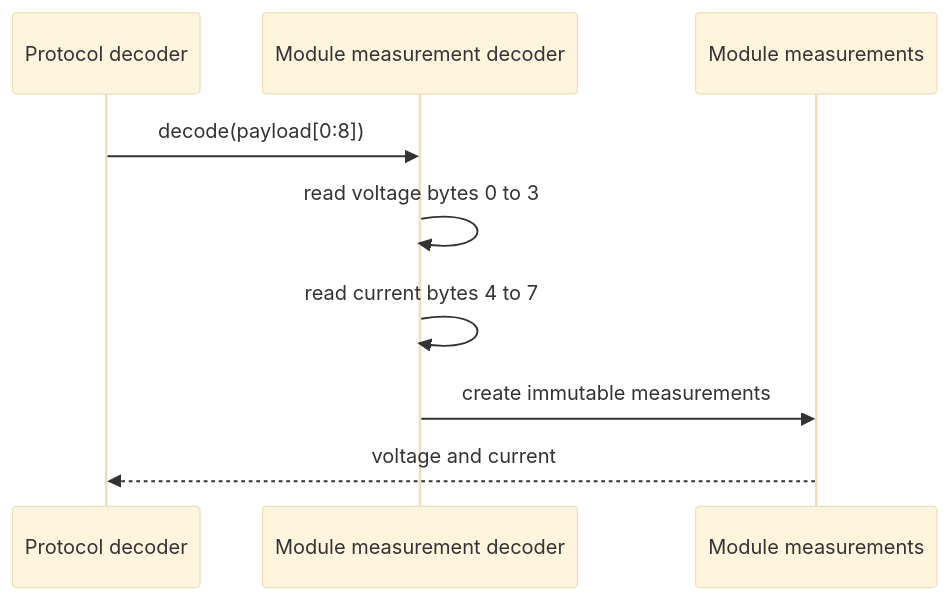
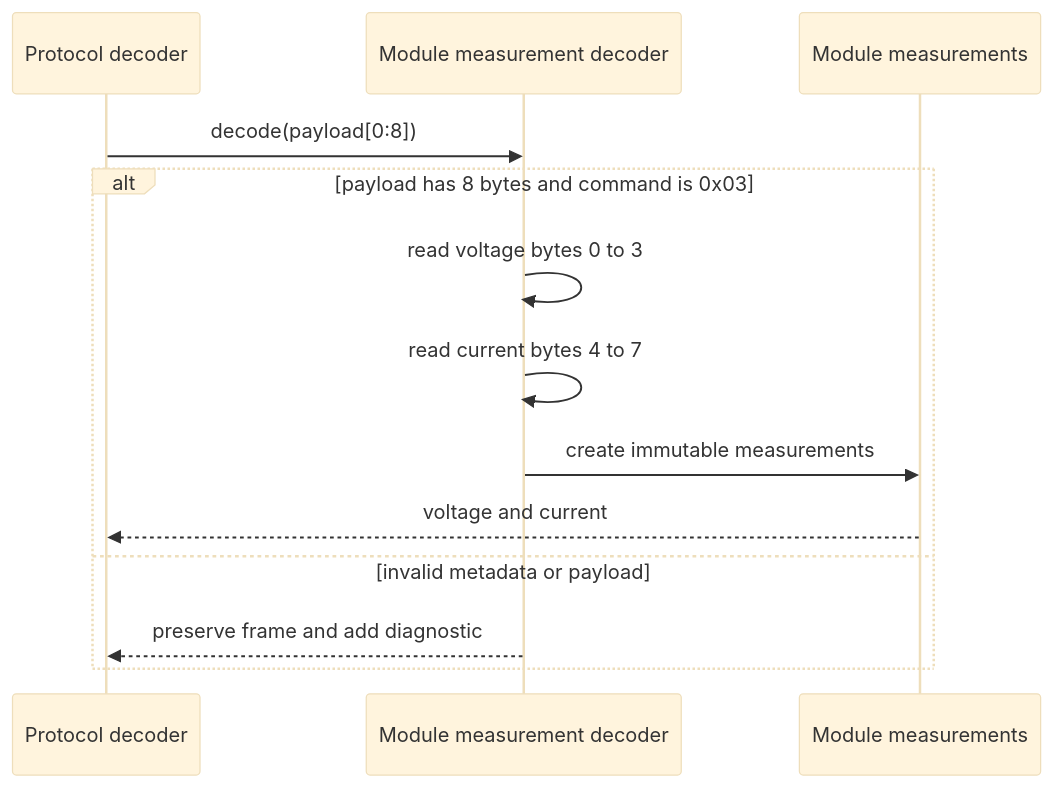
Before and after one commit to benoit-bremaud/can-sniffer: the diagram in docs/architecture/diagrams/module-measurements/02-sequence-decode-module-measurements.md, drawn with Mermaid (base theme). The commit also changed other lines of this file and 5 other files, not shown here.

````diff
--- a/docs/architecture/diagrams/module-measurements/02-sequence-decode-module-measurements.md
+++ b/docs/architecture/diagrams/module-measurements/02-sequence-decode-module-measurements.md
@@ -10,12 +13,16 @@
 ```mermaid
 sequenceDiagram
     participant Decoder as Protocol decoder
     participant Measurements as Module measurement decoder
     participant Result as Module measurements
 
     Decoder->>Measurements: decode(payload[0:8])
-    Measurements->>Measurements: read voltage bytes 0 to 3
-    Measurements->>Measurements: read current bytes 4 to 7
-    Measurements->>Result: create immutable measurements
-    Result-->>Decoder: voltage and current
+    alt payload has 8 bytes and command is 0x03
+        Measurements->>Measurements: read voltage bytes 0 to 3
+        Measurements->>Measurements: read current bytes 4 to 7
+        Measurements->>Result: create immutable measurements
+        Result-->>Decoder: voltage and current
+    else invalid metadata or payload
+        Measurements-->>Decoder: preserve frame and add diagnostic
+    end
 ```
````
